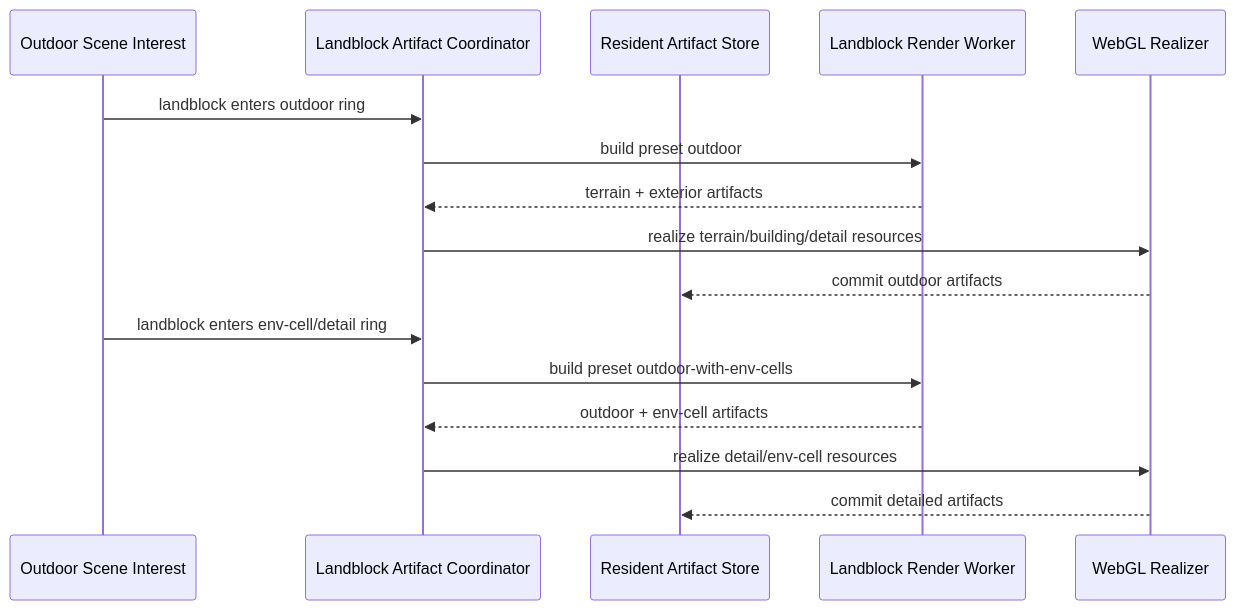
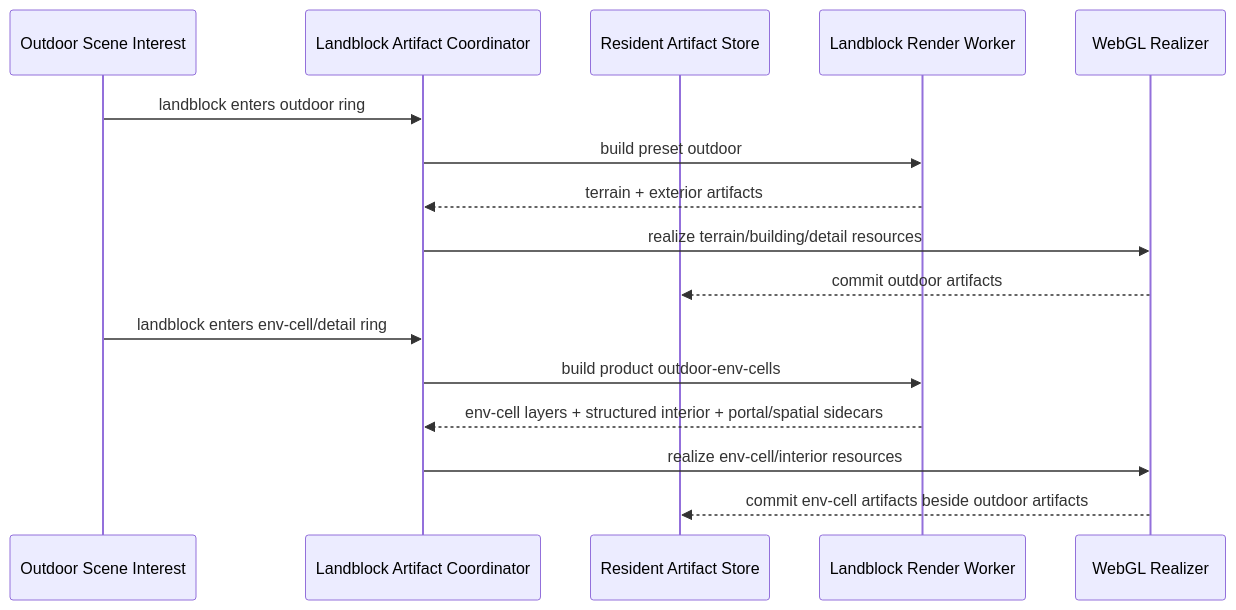
One commit to merklejerk/holtburger changed the third of 10 diagrams in docs/plans/holtburger-3d-static-landblock-render-bundle-replacement-plan.md. Above: the diagram before and after it, drawn with Mermaid. The commit also changed other lines of this file and 3 other files, not shown here.

````diff
--- a/docs/plans/holtburger-3d-static-landblock-render-bundle-replacement-plan.md
+++ b/docs/plans/holtburger-3d-static-landblock-render-bundle-replacement-plan.md
@@ -586,19 +633,19 @@
 ```mermaid
 sequenceDiagram
     participant Interest as Outdoor Scene Interest
     participant Coord as Landblock Artifact Coordinator
     participant Store as Resident Artifact Store
     participant Worker as Landblock Render Worker
     participant GL as WebGL Realizer
 
     Interest->>Coord: landblock enters outdoor ring
     Coord->>Worker: build preset outdoor
     Worker-->>Coord: terrain + exterior artifacts
     Coord->>GL: realize terrain/building/detail resources
     GL-->>Store: commit outdoor artifacts
     Interest->>Coord: landblock enters env-cell/detail ring
-    Coord->>Worker: build preset outdoor-with-env-cells
-    Worker-->>Coord: outdoor + env-cell artifacts
-    Coord->>GL: realize detail/env-cell resources
-    GL-->>Store: commit detailed artifacts
+    Coord->>Worker: build product outdoor-env-cells
+    Worker-->>Coord: env-cell layers + structured interior + portal/spatial sidecars
+    Coord->>GL: realize env-cell/interior resources
+    GL-->>Store: commit env-cell artifacts beside outdoor artifacts
 ```
````
